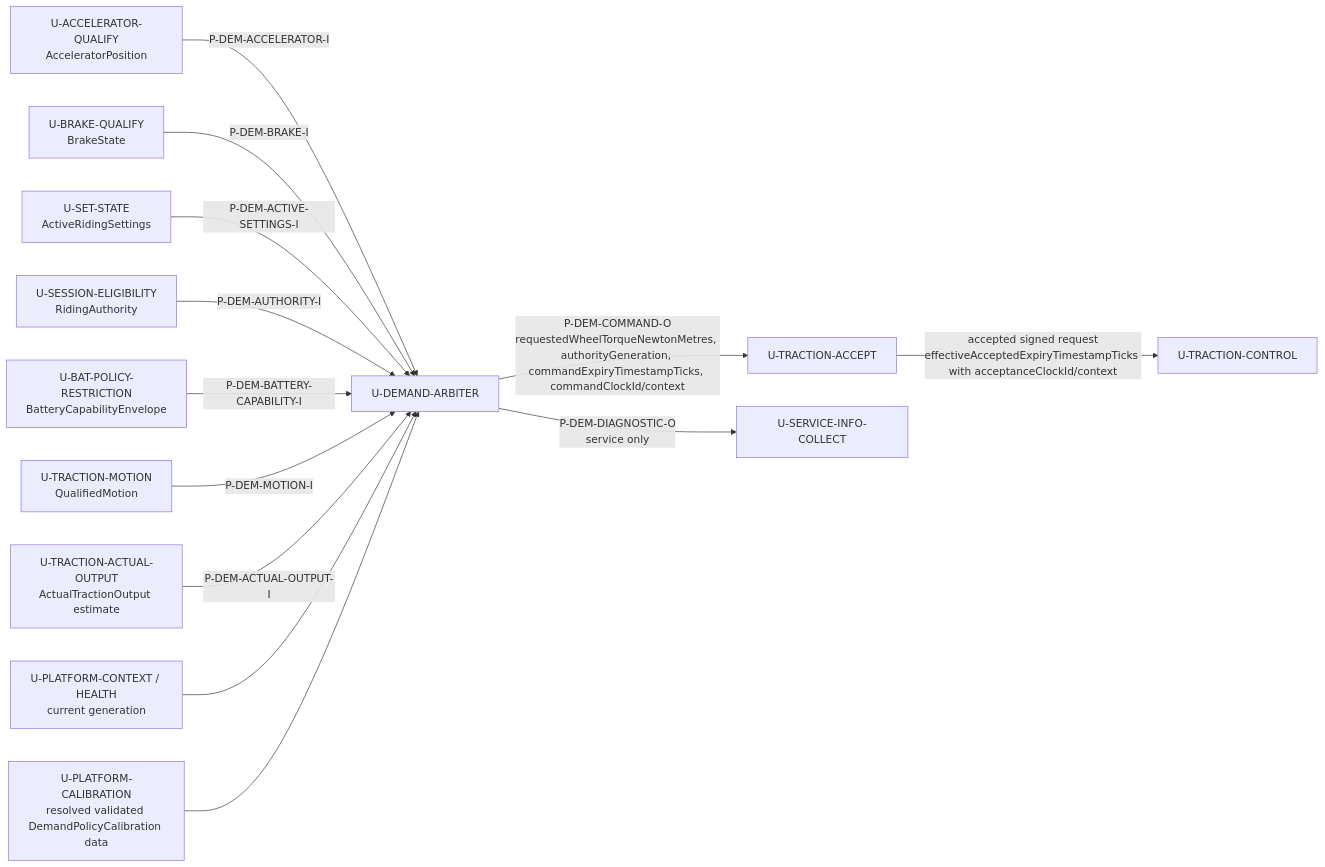
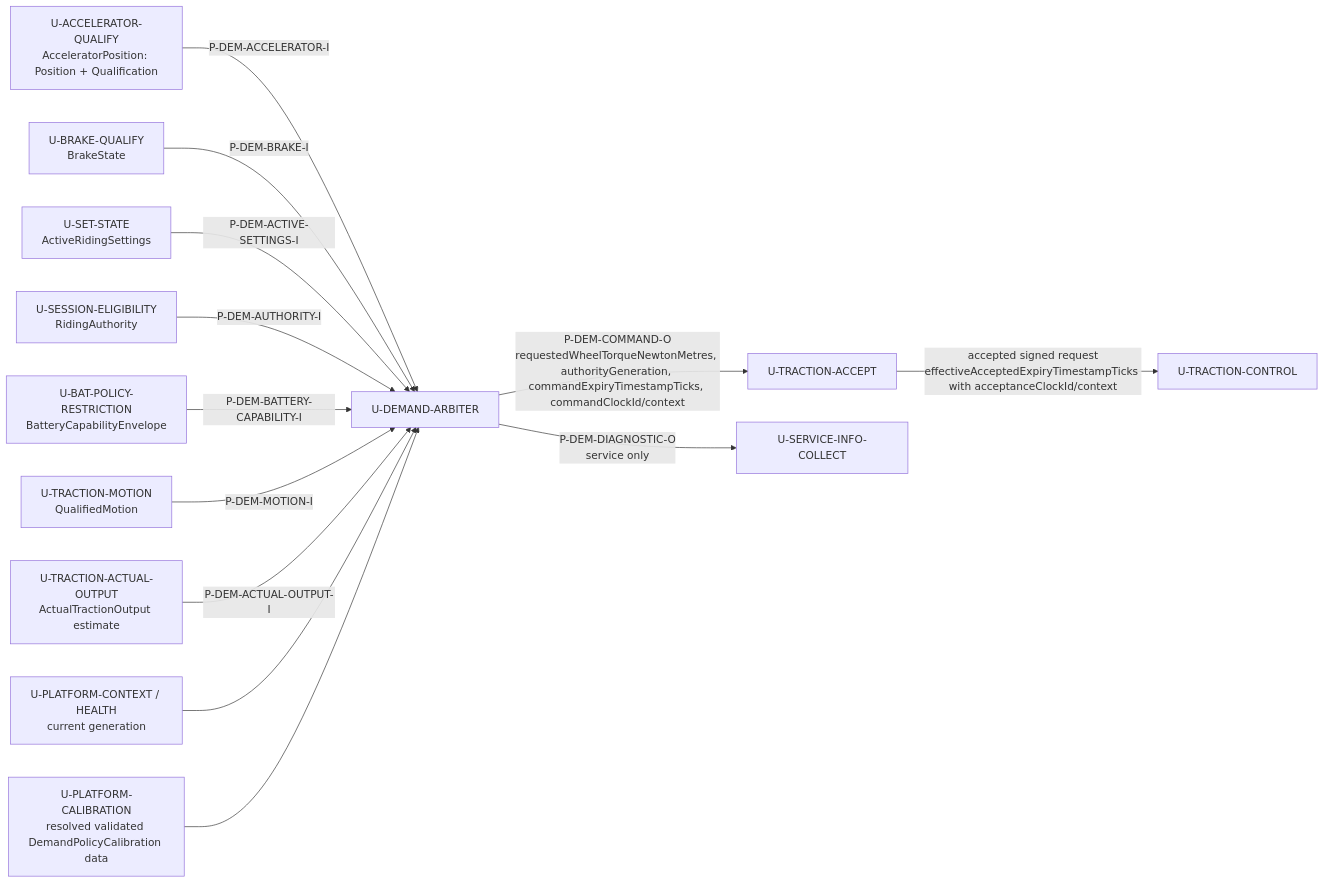
One commit to dhellhake/X2CityMCU changed the eighth of 9 diagrams in .devenv/Architecture/SoftwareArchitecture/DetailedDesign/DD-003_Static_Software_Architecture_Views.md. Above: the diagram before and after it, drawn with Mermaid. The commit also changed other lines of this file and 26 other files, not shown here.

````diff
--- a/.devenv/Architecture/SoftwareArchitecture/DetailedDesign/DD-003_Static_Software_Architecture_Views.md
+++ b/.devenv/Architecture/SoftwareArchitecture/DetailedDesign/DD-003_Static_Software_Architecture_Views.md
@@ -258,15 +258,15 @@
 ```mermaid
 flowchart LR
-    ACC[U-ACCELERATOR-QUALIFY\nAcceleratorPosition] -->|P-DEM-ACCELERATOR-I| D[U-DEMAND-ARBITER]
+    ACC[U-ACCELERATOR-QUALIFY\nAcceleratorPosition: Position + Qualification] -->|P-DEM-ACCELERATOR-I| D[U-DEMAND-ARBITER]
     BRK[U-BRAKE-QUALIFY\nBrakeState] -->|P-DEM-BRAKE-I| D
     SET[U-SET-STATE\nActiveRidingSettings] -->|P-DEM-ACTIVE-SETTINGS-I| D
     SES["U-SESSION-ELIGIBILITY<br/>RidingAuthority"] -->|P-DEM-AUTHORITY-I| D
     BAT["U-BAT-POLICY-RESTRICTION<br/>BatteryCapabilityEnvelope"] -->|P-DEM-BATTERY-CAPABILITY-I| D
     MOT[U-TRACTION-MOTION\nQualifiedMotion] -->|P-DEM-MOTION-I| D
     OUT[U-TRACTION-ACTUAL-OUTPUT\nActualTractionOutput estimate] -->|P-DEM-ACTUAL-OUTPUT-I| D
     PLT[U-PLATFORM-CONTEXT / HEALTH\ncurrent generation] --> D
     CAL[U-PLATFORM-CALIBRATION\nresolved validated DemandPolicyCalibration data] --> D
     D -->|"P-DEM-COMMAND-O<br/>requestedWheelTorqueNewtonMetres, authorityGeneration, commandExpiryTimestampTicks, commandClockId/context"| TA[U-TRACTION-ACCEPT]
     TA -->|accepted signed request\neffectiveAcceptedExpiryTimestampTicks with acceptanceClockId/context| TC[U-TRACTION-CONTROL]
     D -->|P-DEM-DIAGNOSTIC-O\nservice only| SI[U-SERVICE-INFO-COLLECT]
 ```
````
